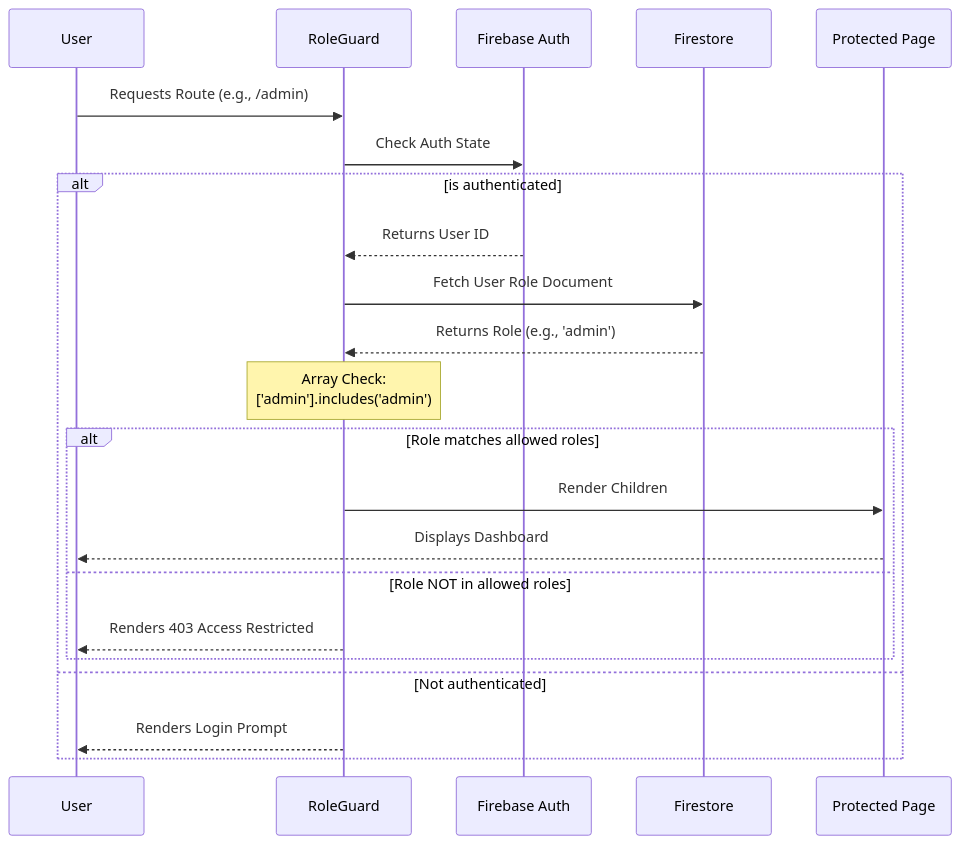
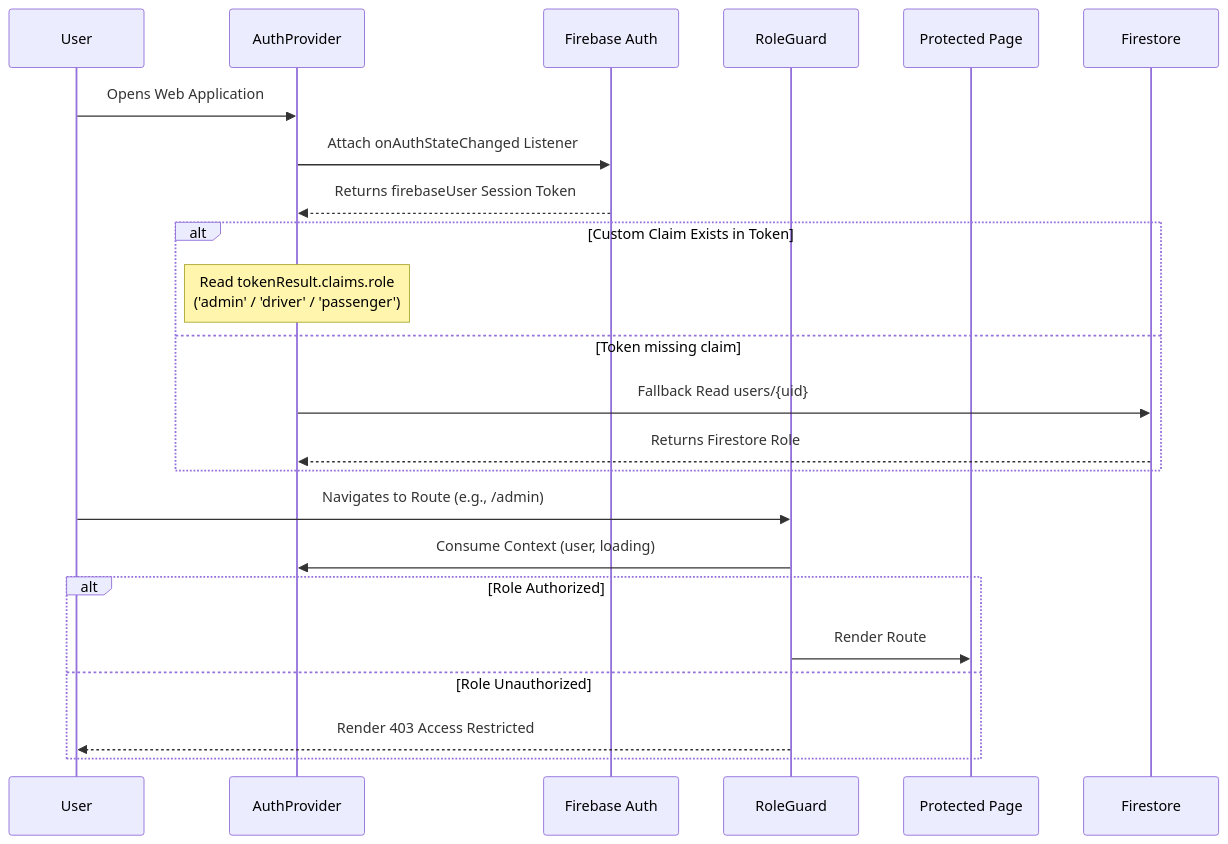
The second of 4 diagrams in docs/ARCHITECTURE.md (notnamansinha/Eki), drawn with Mermaid before and after one commit. The commit also changed other lines of this file and 4 other files, not shown here.

Commit message:
docs: update architecture, security policy, zero-budget optimizations, and READMEs

````diff
--- a/docs/ARCHITECTURE.md
+++ b/docs/ARCHITECTURE.md
@@ -58,28 +73,28 @@
 ```mermaid
 sequenceDiagram
     participant User
+    participant AuthProvider
+    participant Firebase Auth
     participant RoleGuard
-    participant Firebase Auth
-    participant Firestore
     participant Protected Page
 
-    User->>RoleGuard: Requests Route (e.g., /admin)
-    RoleGuard->>Firebase Auth: Check Auth State
+    User->>AuthProvider: Opens Web Application
+    AuthProvider->>Firebase Auth: Attach onAuthStateChanged Listener
+    Firebase Auth-->>AuthProvider: Returns firebaseUser Session Token
     
-    alt is authenticated
-        Firebase Auth-->>RoleGuard: Returns User ID
-        RoleGuard->>Firestore: Fetch User Role Document
-        Firestore-->>RoleGuard: Returns Role (e.g., 'admin')
-        
-        Note over RoleGuard: Array Check:<br>['admin'].includes('admin')
-        
-        alt Role matches allowed roles
-            RoleGuard->>Protected Page: Render Children
-            Protected Page-->>User: Displays Dashboard
-        else Role NOT in allowed roles
-            RoleGuard-->>User: Renders 403 Access Restricted
-        end
-    else Not authenticated
-        RoleGuard-->>User: Renders Login Prompt
+    alt Custom Claim Exists in Token
+        Note over AuthProvider: Read tokenResult.claims.role<br>('admin' / 'driver' / 'passenger')
+    else Token missing claim
+        AuthProvider->>Firestore: Fallback Read users/{uid}
+        Firestore-->>AuthProvider: Returns Firestore Role
+    end
+
+    User->>RoleGuard: Navigates to Route (e.g., /admin)
+    RoleGuard->>AuthProvider: Consume Context (user, loading)
+    
+    alt Role Authorized
+        RoleGuard->>Protected Page: Render Route
+    else Role Unauthorized
+        RoleGuard-->>User: Render 403 Access Restricted
     end
 ```
````
